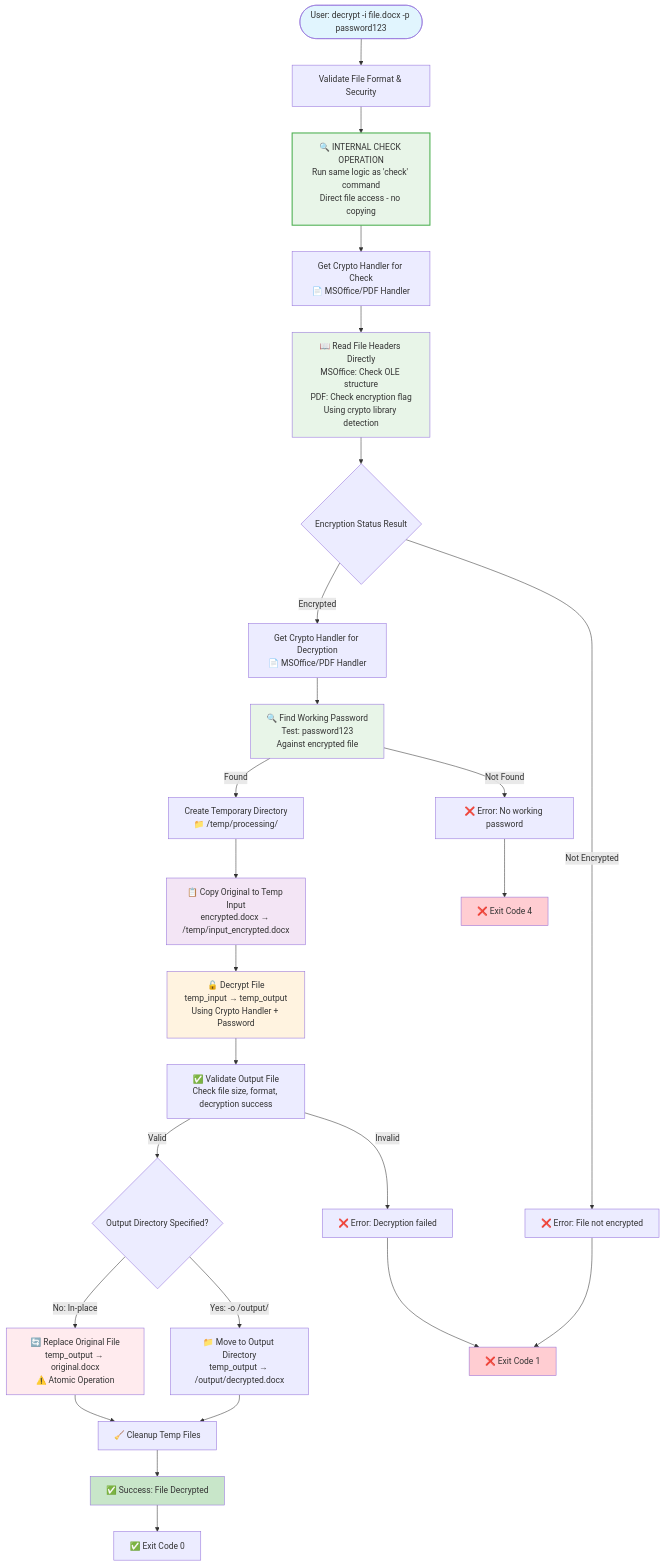
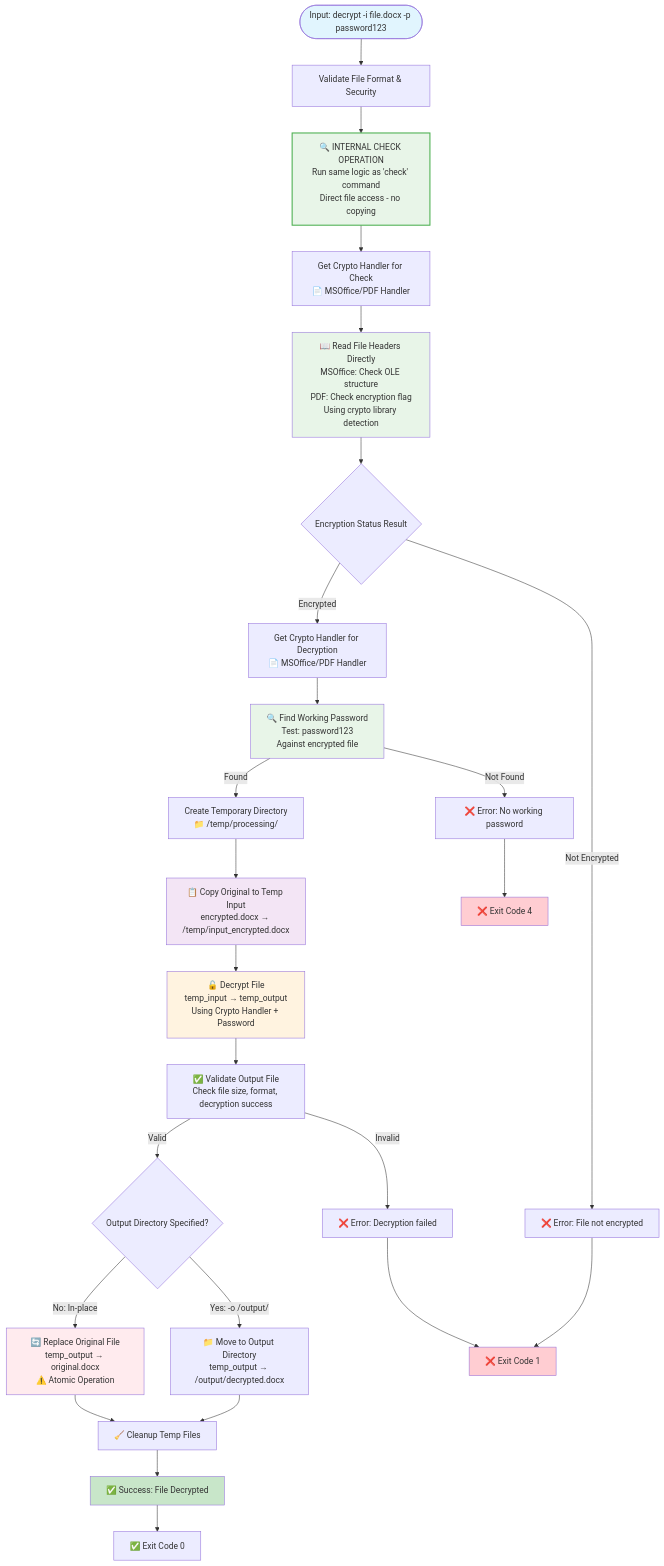
One commit to tenpainator/fast_pass changed the fourth of 11 diagrams in dev/FASTPASS_BUSINESS_LOGIC_DIAGRAM.md. Above: the diagram before and after it, drawn with Mermaid. The commit also changed other lines of this file, not shown here.

First line of the commit message:
Update business logic diagram to include library interface

````diff
--- a/dev/FASTPASS_BUSINESS_LOGIC_DIAGRAM.md
+++ b/dev/FASTPASS_BUSINESS_LOGIC_DIAGRAM.md
@@ -74,46 +108,46 @@
 ```mermaid
 flowchart TD
-    START([User: decrypt -i file.docx -p password123]) --> VALIDATE[Validate File Format & Security]
+    START([Input: decrypt -i file.docx -p password123]) --> VALIDATE[Validate File Format & Security]
     VALIDATE --> RUN_CHECK[🔍 INTERNAL CHECK OPERATION<br/>Run same logic as 'check' command<br/>Direct file access - no copying]
     
     RUN_CHECK --> GET_HANDLER_CHECK[Get Crypto Handler for Check<br/>📄 MSOffice/PDF Handler]
     GET_HANDLER_CHECK --> DETECT_ENC[📖 Read File Headers Directly<br/>MSOffice: Check OLE structure<br/>PDF: Check encryption flag<br/>Using crypto library detection]
     
     DETECT_ENC --> CHECK_ENC{Encryption Status Result}
     CHECK_ENC -->|Not Encrypted| ERROR_NOT_ENC[❌ Error: File not encrypted]
     CHECK_ENC -->|Encrypted| GET_HANDLER[Get Crypto Handler for Decryption<br/>📄 MSOffice/PDF Handler]
     
     GET_HANDLER --> FIND_PASSWORD[🔍 Find Working Password<br/>Test: password123<br/>Against encrypted file]
     FIND_PASSWORD -->|Found| CREATE_TEMP[Create Temporary Directory<br/>📁 /temp/processing/]
     FIND_PASSWORD -->|Not Found| ERROR_PASSWORD[❌ Error: No working password]
     
     CREATE_TEMP --> COPY_INPUT[📋 Copy Original to Temp Input<br/>encrypted.docx → /temp/input_encrypted.docx]
     COPY_INPUT --> DECRYPT[🔓 Decrypt File<br/>temp_input → temp_output<br/>Using Crypto Handler + Password]
     
     DECRYPT --> VALIDATE_OUTPUT[✅ Validate Output File<br/>Check file size, format, decryption success]
     VALIDATE_OUTPUT -->|Valid| DETERMINE_FINAL{Output Directory Specified?}
     VALIDATE_OUTPUT -->|Invalid| ERROR_CORRUPT[❌ Error: Decryption failed]
     
     DETERMINE_FINAL -->|Yes: -o /output/| MOVE_TO_DIR[📁 Move to Output Directory<br/>temp_output → /output/decrypted.docx]
     DETERMINE_FINAL -->|No: In-place| REPLACE_ORIGINAL[🔄 Replace Original File<br/>temp_output → original.docx<br/>⚠️ Atomic Operation]
     
     MOVE_TO_DIR --> CLEANUP[🧹 Cleanup Temp Files]
     REPLACE_ORIGINAL --> CLEANUP
     CLEANUP --> SUCCESS[✅ Success: File Decrypted]
     
     ERROR_NOT_ENC --> FAIL[❌ Exit Code 1]
     ERROR_PASSWORD --> FAIL_PWD[❌ Exit Code 4]
     ERROR_CORRUPT --> FAIL
     SUCCESS --> PASS[✅ Exit Code 0]
 
     style START fill:#e1f5fe
     style SUCCESS fill:#c8e6c9
     style FAIL fill:#ffcdd2
     style FAIL_PWD fill:#ffcdd2
     style DECRYPT fill:#fff3e0
     style COPY_INPUT fill:#f3e5f5
     style REPLACE_ORIGINAL fill:#ffebee
     style FIND_PASSWORD fill:#e8f5e8
     style RUN_CHECK fill:#e8f5e8,stroke:#4caf50,stroke-width:2px
     style DETECT_ENC fill:#e8f5e8
 ```
````
